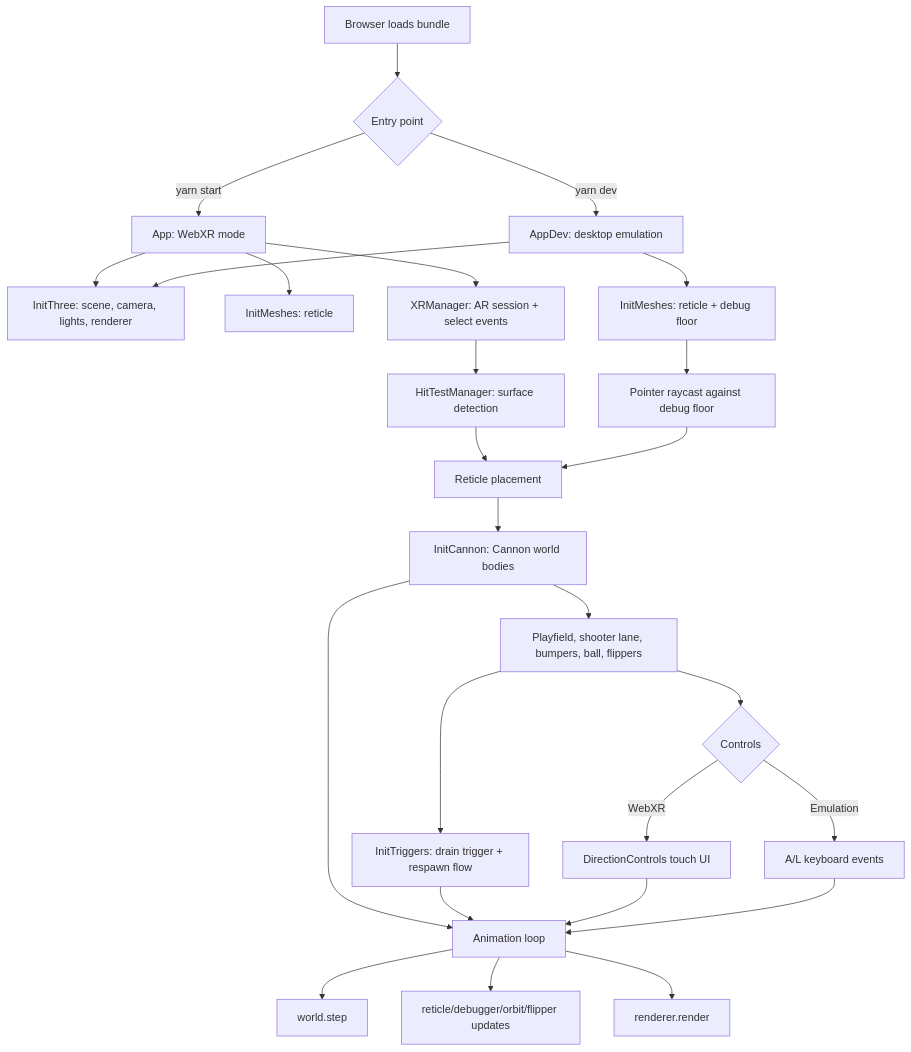
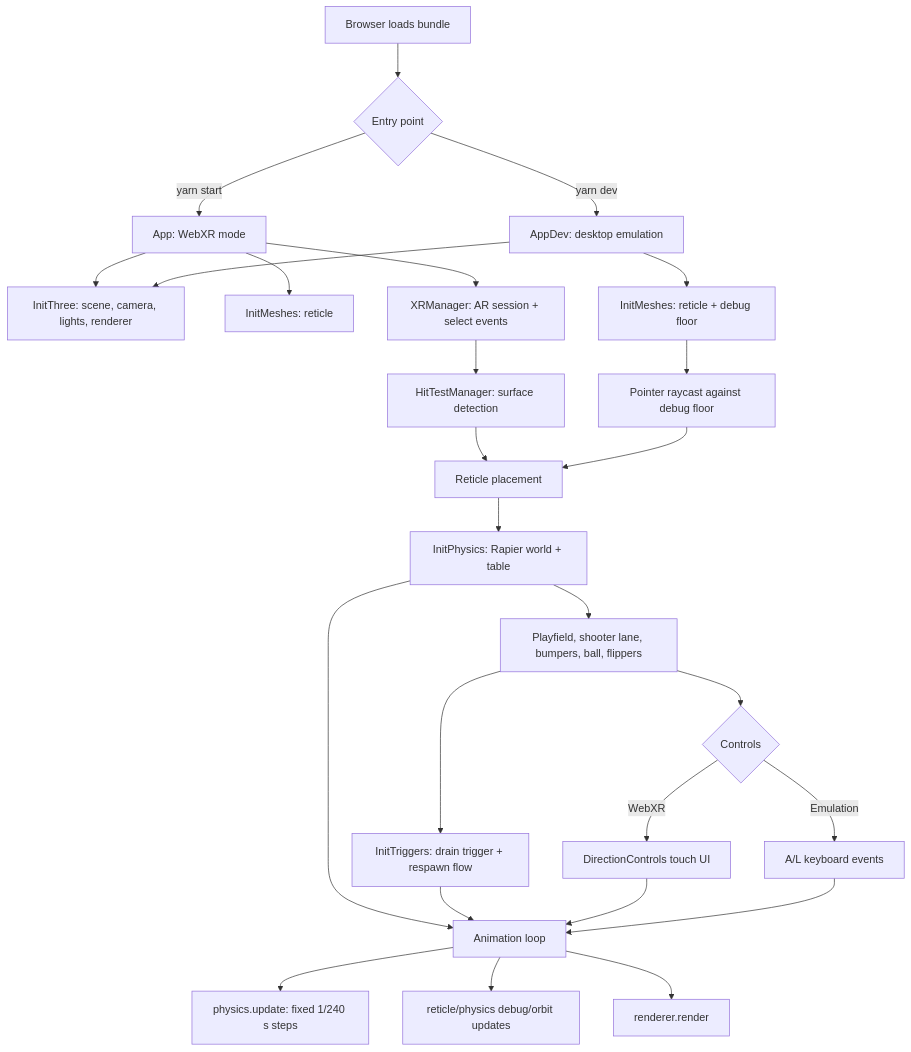
The diagram in README.md (patrick-s-young/pinball-xr), drawn with Mermaid before and after one commit. The commit also changed other lines of this file and 62 other files, not shown here.

First line of the commit message:
migrate physics from cannon-es to Rapier with a fixed timestep

````diff
--- a/README.md
+++ b/README.md
@@ -38,32 +30,32 @@
 ```mermaid
 flowchart TD
     Start["Browser loads bundle"] --> Entry{"Entry point"}
     Entry -->|"yarn start"| XRApp["App: WebXR mode"]
     Entry -->|"yarn dev"| DevApp["AppDev: desktop emulation"]
 
     XRApp --> InitThree["InitThree: scene, camera, lights, renderer"]
     DevApp --> InitThree
     XRApp --> InitMeshes["InitMeshes: reticle"]
     DevApp --> InitMeshesDev["InitMeshes: reticle + debug floor"]
 
     XRApp --> XRManager["XRManager: AR session + select events"]
     XRManager --> HitTest["HitTestManager: surface detection"]
     HitTest --> Placement["Reticle placement"]
     InitMeshesDev --> Raycast["Pointer raycast against debug floor"]
     Raycast --> Placement
 
-    Placement --> InitCannon["InitCannon: Cannon world bodies"]
-    InitCannon --> Bodies["Playfield, shooter lane, bumpers, ball, flippers"]
+    Placement --> InitPhysics["InitPhysics: Rapier world + table"]
+    InitPhysics --> Bodies["Playfield, shooter lane, bumpers, ball, flippers"]
     Bodies --> Triggers["InitTriggers: drain trigger + respawn flow"]
     Bodies --> Controls{"Controls"}
     Controls -->|"WebXR"| TouchControls["DirectionControls touch UI"]
     Controls -->|"Emulation"| KeyEvents["A/L keyboard events"]
 
-    InitCannon --> Loop["Animation loop"]
+    InitPhysics --> Loop["Animation loop"]
     Triggers --> Loop
     TouchControls --> Loop
     KeyEvents --> Loop
-    Loop --> Physics["world.step"]
-    Loop --> Updates["reticle/debugger/orbit/flipper updates"]
+    Loop --> Physics["physics.update: fixed 1/240 s steps"]
+    Loop --> Updates["reticle/physics debug/orbit updates"]
     Loop --> Render["renderer.render"]
 ```
````
